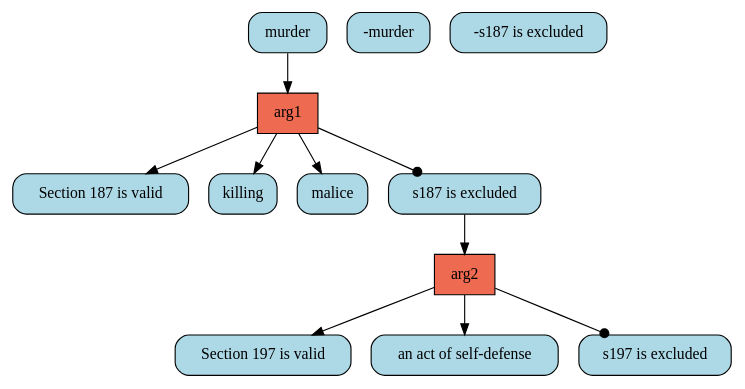
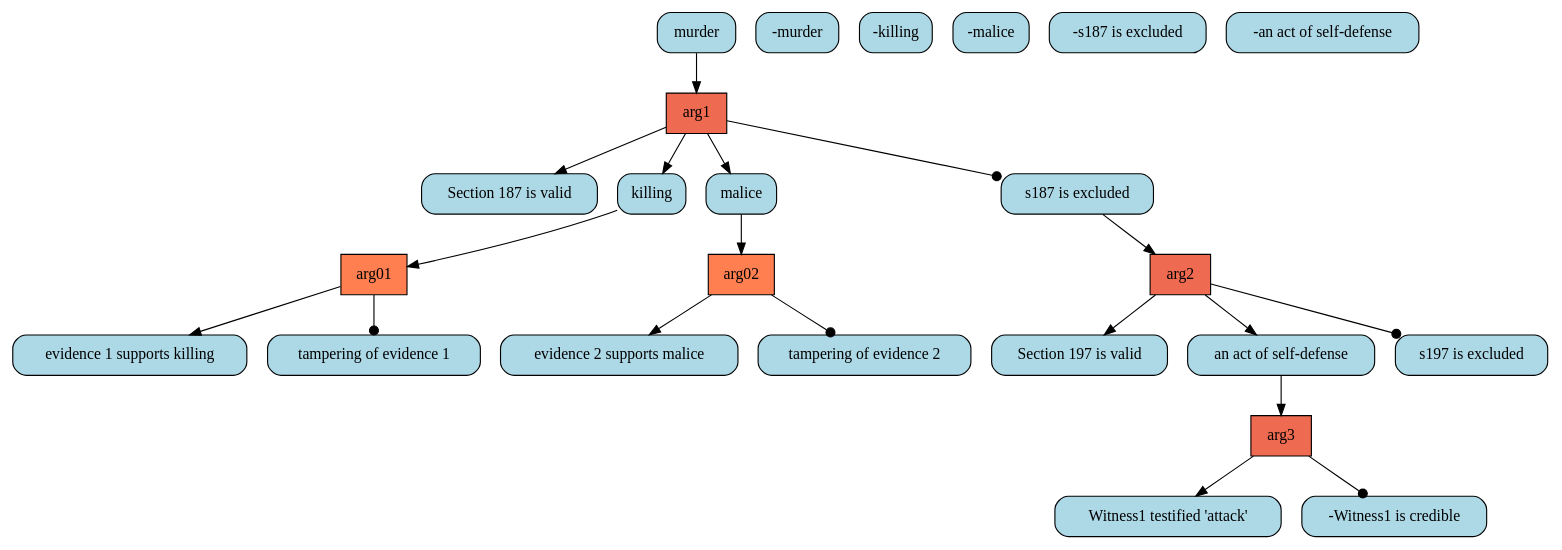
The diagram in system/dot/example2/1_1.dot (goweiting/carneades-ext), drawn with Graphviz before and after one commit. The commit also changed 9 other files, not shown here.

```diff
--- a/system/dot/example2/1_1.dot
+++ b/system/dot/example2/1_1.dot
@@ -1,23 +1,44 @@
 digraph G{ 
 "arg1" [color="black", fillcolor="coral2",fixedsize=false, shape=box, style="filled"]; 
 "murder" [color="black", fillcolor="lightblue", fixedsize=false,  shape="box", style="rounded,filled"]; 
 "-murder" [color="black", fillcolor="lightblue", fixedsize=false,  shape="box", style="rounded,filled"]; 
 "Section 187 is valid" [color="black", fillcolor="lightblue", fixedsize=false,  shape="box", style="rounded,filled"]; 
 "killing" [color="black", fillcolor="lightblue", fixedsize=false,  shape="box", style="rounded,filled"]; 
 "malice" [color="black", fillcolor="lightblue", fixedsize=false,  shape="box", style="rounded,filled"]; 
 "s187 is excluded" [color="black", fillcolor="lightblue", fixedsize=false,  shape="box", style="rounded,filled"]; 
+"arg01" [color="black", fillcolor="coral",fixedsize=false, shape=box, style="filled"]; 
+"-killing" [color="black", fillcolor="lightblue", fixedsize=false,  shape="box", style="rounded,filled"]; 
+"evidence 1 supports killing" [color="black", fillcolor="lightblue", fixedsize=false,  shape="box", style="rounded,filled"]; 
+"tampering of evidence 1" [color="black", fillcolor="lightblue", fixedsize=false,  shape="box", style="rounded,filled"]; 
+"arg02" [color="black", fillcolor="coral",fixedsize=false, shape=box, style="filled"]; 
+"-malice" [color="black", fillcolor="lightblue", fixedsize=false,  shape="box", style="rounded,filled"]; 
+"evidence 2 supports malice" [color="black", fillcolor="lightblue", fixedsize=false,  shape="box", style="rounded,filled"]; 
+"tampering of evidence 2" [color="black", fillcolor="lightblue", fixedsize=false,  shape="box", style="rounded,filled"]; 
 "arg2" [color="black", fillcolor="coral2",fixedsize=false, shape=box, style="filled"]; 
 "-s187 is excluded" [color="black", fillcolor="lightblue", fixedsize=false,  shape="box", style="rounded,filled"]; 
 "Section 197 is valid" [color="black", fillcolor="lightblue", fixedsize=false,  shape="box", style="rounded,filled"]; 
 "an act of self-defense" [color="black", fillcolor="lightblue", fixedsize=false,  shape="box", style="rounded,filled"]; 
 "s197 is excluded" [color="black", fillcolor="lightblue", fixedsize=false,  shape="box", style="rounded,filled"]; 
+"arg3" [color="black", fillcolor="coral2",fixedsize=false, shape=box, style="filled"]; 
+"-an act of self-defense" [color="black", fillcolor="lightblue", fixedsize=false,  shape="box", style="rounded,filled"]; 
+"Witness1 testified 'attack'" [color="black", fillcolor="lightblue", fixedsize=false,  shape="box", style="rounded,filled"]; 
+"-Witness1 is credible" [color="black", fillcolor="lightblue", fixedsize=false,  shape="box", style="rounded,filled"]; 
 "murder" -> "arg1" ; 
 "arg1" -> "Section 187 is valid" ; 
 "arg1" -> "killing" ; 
 "arg1" -> "malice" ; 
 "arg1" -> "s187 is excluded" [arrowhead=dot] ; 
+"killing" -> "arg01" ; 
+"arg01" -> "evidence 1 supports killing" ; 
+"arg01" -> "tampering of evidence 1" [arrowhead=dot] ; 
+"malice" -> "arg02" ; 
+"arg02" -> "evidence 2 supports malice" ; 
+"arg02" -> "tampering of evidence 2" [arrowhead=dot] ; 
 "s187 is excluded" -> "arg2" ; 
 "arg2" -> "Section 197 is valid" ; 
 "arg2" -> "an act of self-defense" ; 
 "arg2" -> "s197 is excluded" [arrowhead=dot] ; 
+"an act of self-defense" -> "arg3" ; 
+"arg3" -> "Witness1 testified 'attack'" ; 
+"arg3" -> "-Witness1 is credible" [arrowhead=dot] ; 
 }
```
